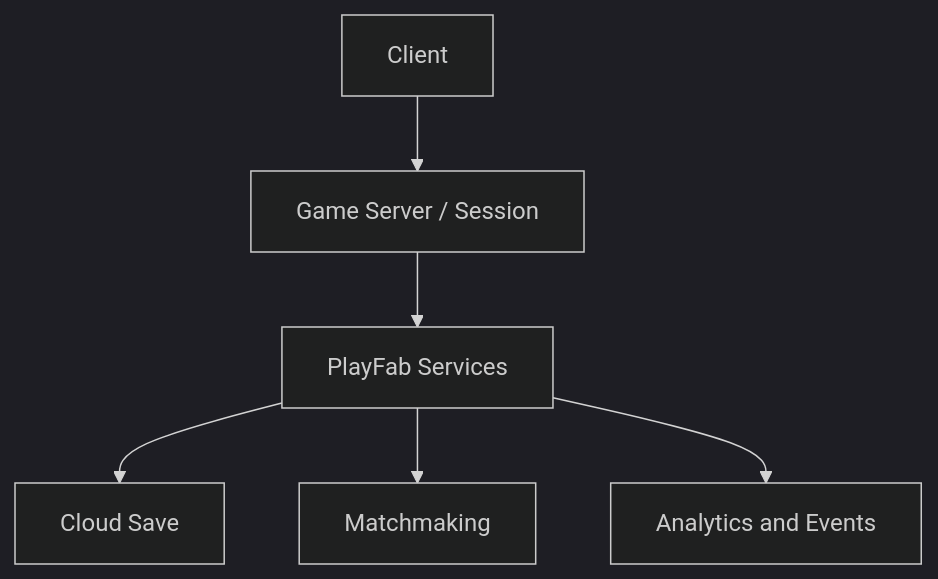
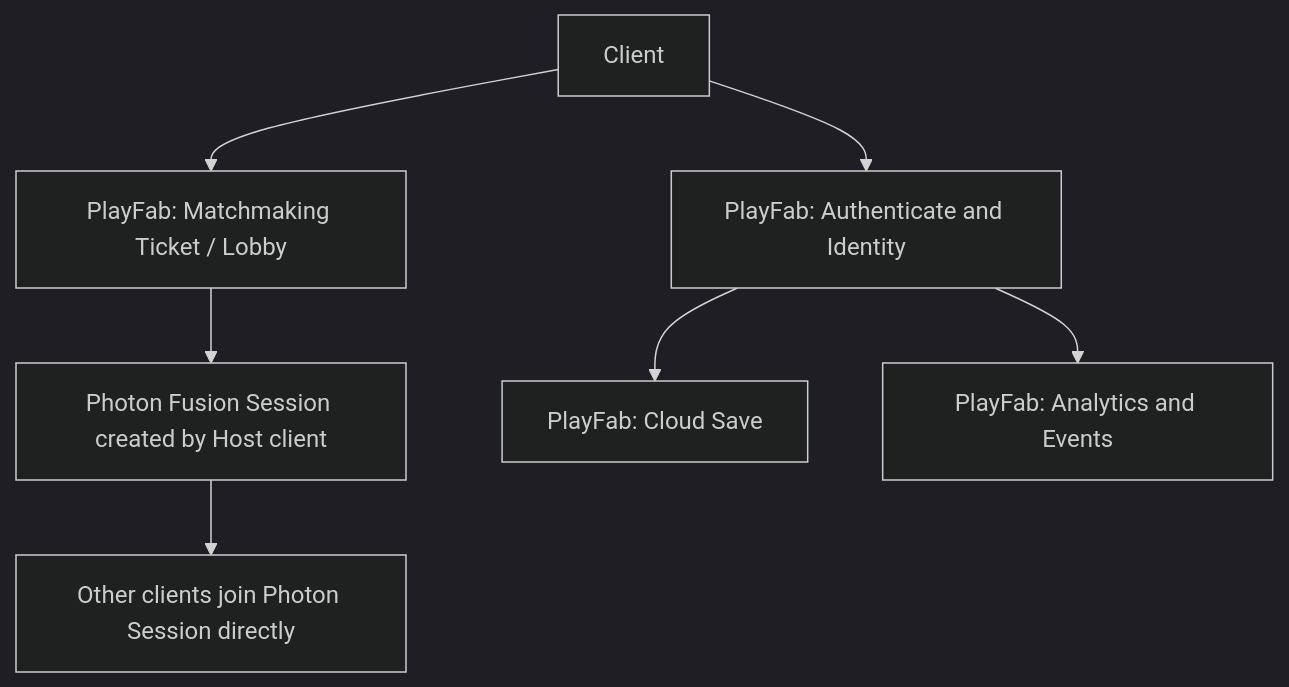
Before and after one commit to snehadpatel/QuestBit: the first of 2 diagrams in Project-Echo/docs/GDD/21 Backend.md, drawn with Mermaid (dark theme). The commit also changed other lines of this file and 16 other files, not shown here.

````diff
--- a/Project-Echo/docs/GDD/21 Backend.md
+++ b/Project-Echo/docs/GDD/21 Backend.md
@@ -28,8 +30,9 @@
 ```mermaid
 flowchart TD
-    A[Client] --> B[Game Server / Session]
-    B --> C[PlayFab Services]
-    C --> D[Cloud Save]
-    C --> E[Matchmaking]
-    C --> F[Analytics and Events]
+    A[Client] --> B[PlayFab: Authenticate and Identity]
+    A --> C[PlayFab: Matchmaking Ticket / Lobby]
+    C --> D[Photon Fusion Session created by Host client]
+    D --> E[Other clients join Photon Session directly]
+    B --> F[PlayFab: Cloud Save]
+    B --> G[PlayFab: Analytics and Events]
 ```
````
